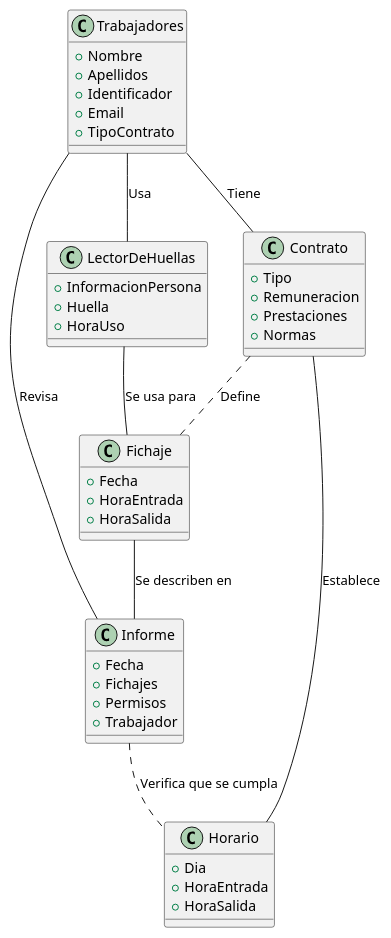
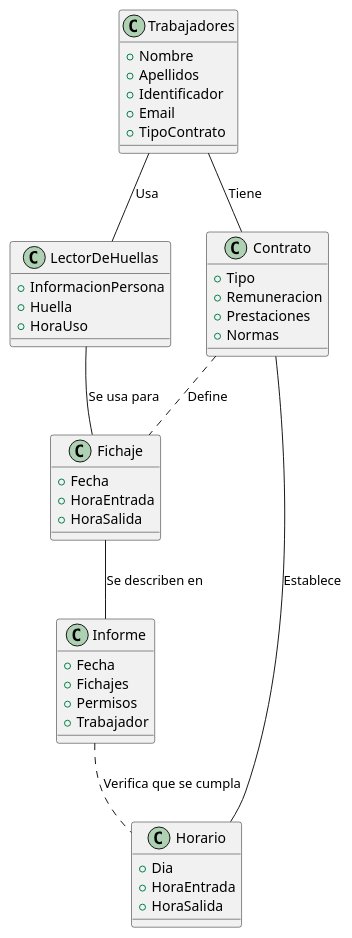
The diagram in modelosUML/modeloDominio.puml (mmasias/23-24-IdSw1-SDR), drawn with PlantUML before and after one commit.

Commit message:
Update modeloDominio.puml
Remover relación entre empleado y fichaje

```diff
--- a/modelosUML/modeloDominio.puml
+++ b/modelosUML/modeloDominio.puml
@@ -1,45 +1,44 @@
 @startuml
 class Trabajadores{
     + Nombre
     + Apellidos
     + Identificador
     + Email
     + TipoContrato
 }
 class LectorDeHuellas{
     + InformacionPersona
     + Huella
     + HoraUso
 }
 class Fichaje{
     + Fecha
     + HoraEntrada
     + HoraSalida
 }
 class Informe{
     + Fecha
     + Fichajes
     + Permisos
     + Trabajador
 }
 class Horario{
     + Dia
     + HoraEntrada
     + HoraSalida
 }
 class Contrato{
     + Tipo
     + Remuneracion
     + Prestaciones
     + Normas
 }
 
 Trabajadores -- Contrato : Tiene
 Trabajadores -- LectorDeHuellas : Usa
 LectorDeHuellas -- Fichaje : Se usa para
 Fichaje -- Informe : Se describen en
 Informe .. Horario : Verifica que se cumpla
-Trabajadores -- Informe : Revisa
 Contrato -- Horario : Establece
 Contrato .. Fichaje : Define
 @enduml
```
